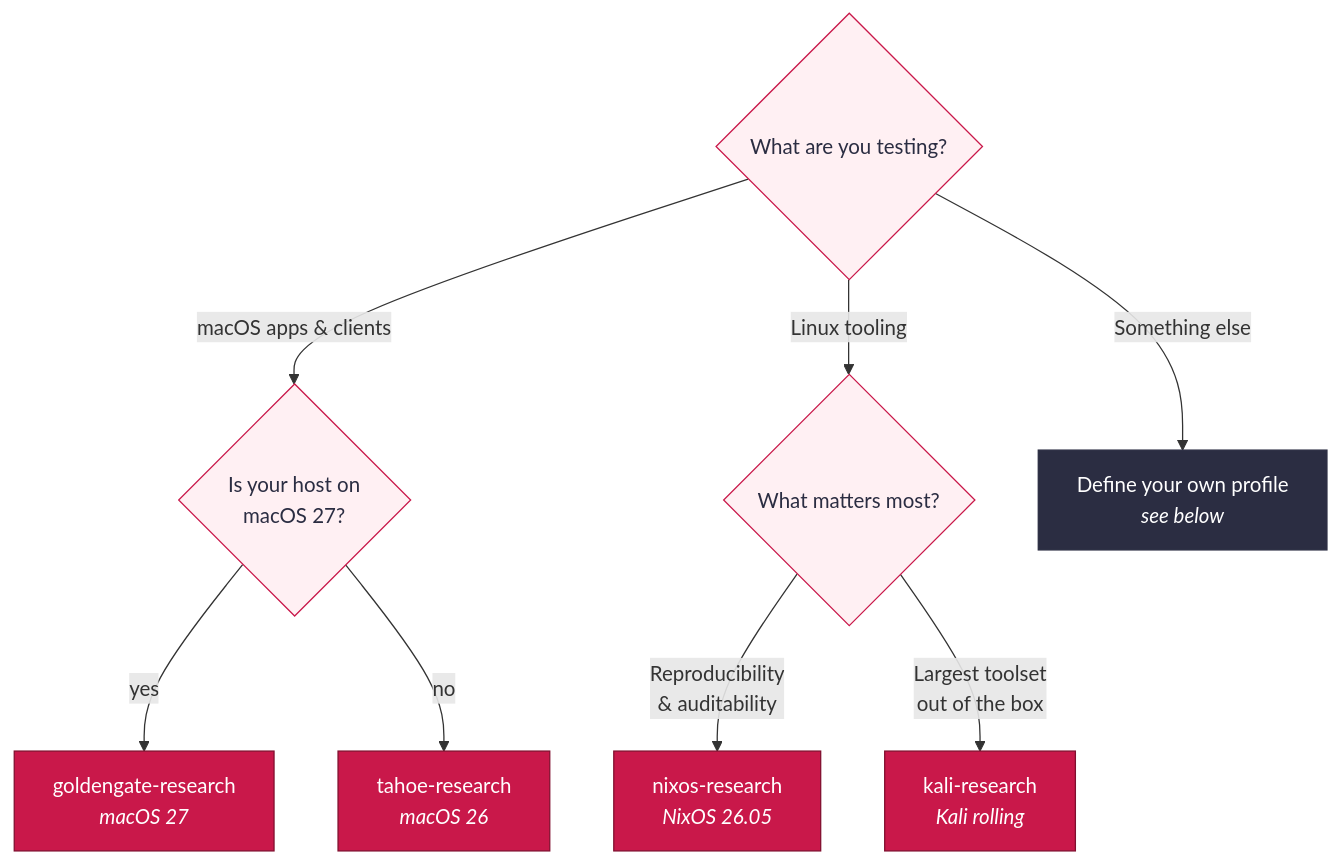
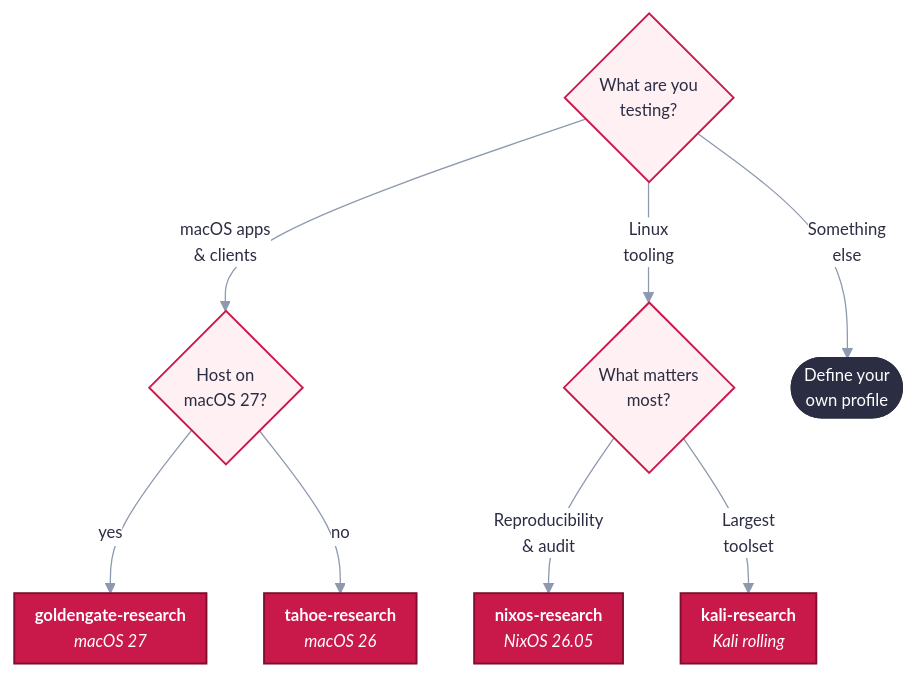
The first of 5 diagrams in README.md (errantpacket/RhubarbTart), drawn with Mermaid before and after one commit. The commit also changed other lines of this file and 16 other files, not shown here.

````diff
--- a/README.md
+++ b/README.md
@@ -79,18 +86,19 @@
 ```mermaid
+%%{init: {'theme':'base','fontFamily':'ui-sans-serif, system-ui, -apple-system, Helvetica, Arial, sans-serif','themeVariables':{'primaryColor':'#ffffff','primaryTextColor':'#2b2d42','primaryBorderColor':'#c9184a','lineColor':'#8d99ae','edgeLabelBackground':'#ffffff','fontSize':'13px'},'flowchart':{'curve':'basis','nodeSpacing':45,'rankSpacing':55,'padding':8,'useMaxWidth':true}}}%%
 flowchart TD
-    Q{"What are you testing?"}
-    Q -->|"macOS apps & clients"| H{"Is your host on<br/>macOS 27?"}
-    H -->|yes| GG["goldengate-research<br/><i>macOS 27</i>"]
-    H -->|no| TH["tahoe-research<br/><i>macOS 26</i>"]
-    Q -->|"Linux tooling"| P{"What matters most?"}
-    P -->|"Reproducibility<br/>& auditability"| NX["nixos-research<br/><i>NixOS 26.05</i>"]
-    P -->|"Largest toolset<br/>out of the box"| KL["kali-research<br/><i>Kali rolling</i>"]
-    Q -->|"Something else"| OWN["Define your own profile<br/><i>see below</i>"]
+    Q{"What are you<br/>testing?"}
+    Q -->|"macOS apps<br/>&amp; clients"| H{"Host on<br/>macOS 27?"}
+    H -->|"yes"| GG["<b>goldengate-research</b><br/><i>macOS 27</i>"]
+    H -->|"no"| TH["<b>tahoe-research</b><br/><i>macOS 26</i>"]
+    Q -->|"Linux<br/>tooling"| P{"What matters<br/>most?"}
+    P -->|"Reproducibility<br/>&amp; audit"| NX["<b>nixos-research</b><br/><i>NixOS 26.05</i>"]
+    P -->|"Largest<br/>toolset"| KL["<b>kali-research</b><br/><i>Kali rolling</i>"]
+    Q -->|"Something<br/>else"| OWN(["Define your<br/>own profile"])
 
-    classDef q fill:#fff0f3,stroke:#c9184a,color:#2b2d42
-    classDef guest fill:#c9184a,stroke:#800f2f,color:#ffffff
+    classDef q fill:#fff0f3,stroke:#c9184a,stroke-width:1.5px,color:#2b2d42
+    classDef guest fill:#c9184a,stroke:#800f2f,stroke-width:1.5px,color:#ffffff
     classDef own fill:#2b2d42,stroke:#2b2d42,color:#ffffff
     class Q,H,P q
     class GG,TH,NX,KL guest
     class OWN own
 ```
````
